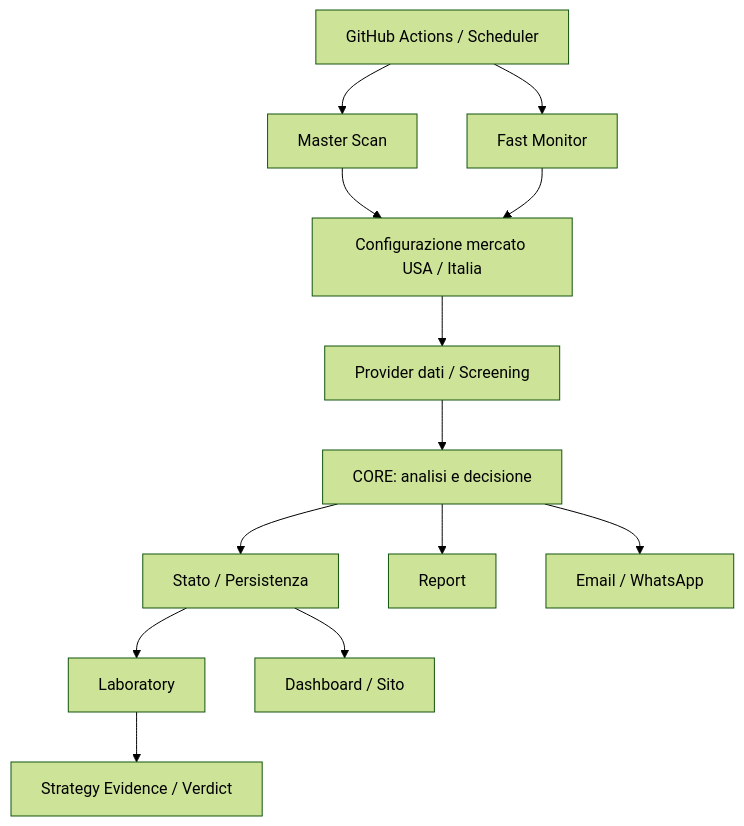
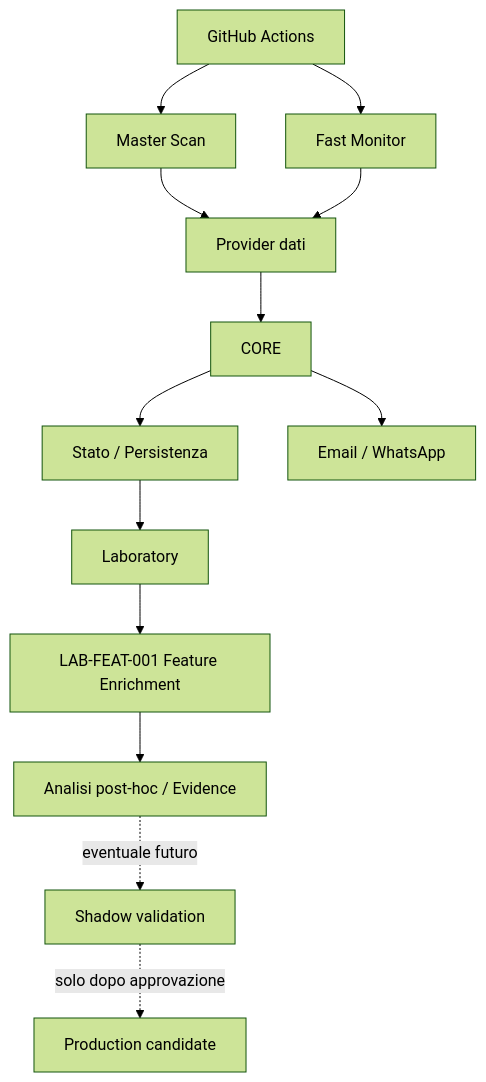
One commit to antoannali-ita/trading-engine-v2 changed the first of 2 diagrams in docs/README.md. Above: the diagram before and after it, drawn with Mermaid (forest theme). The commit also changed other lines of this file and 5 other files, not shown here.

First line of the commit message:
lab: add LAB-FEAT-001 passive TradingView enrichment

````diff
--- a/docs/README.md
+++ b/docs/README.md
@@ -48,15 +45,15 @@
 ```mermaid
 flowchart TB
-    GH[GitHub Actions / Scheduler] --> MS[Master Scan]
+    GH[GitHub Actions] --> MS[Master Scan]
     GH --> FM[Fast Monitor]
-    MS --> CFG[Configurazione mercato USA / Italia]
-    FM --> CFG
-    CFG --> DATA[Provider dati / Screening]
-    DATA --> CORE[CORE: analisi e decisione]
+    MS --> DATA[Provider dati]
+    FM --> DATA
+    DATA --> CORE[CORE]
     CORE --> STATE[Stato / Persistenza]
-    CORE --> REPORT[Report]
     CORE --> NOTIFY[Email / WhatsApp]
     STATE --> LAB[Laboratory]
-    LAB --> EVID[Strategy Evidence / Verdict]
-    STATE --> UI[Dashboard / Sito]
+    LAB --> FEAT[LAB-FEAT-001 Feature Enrichment]
+    FEAT --> EVID[Analisi post-hoc / Evidence]
+    EVID -. eventuale futuro .-> SHADOW[Shadow validation]
+    SHADOW -. solo dopo approvazione .-> PROD[Production candidate]
 ```
````
